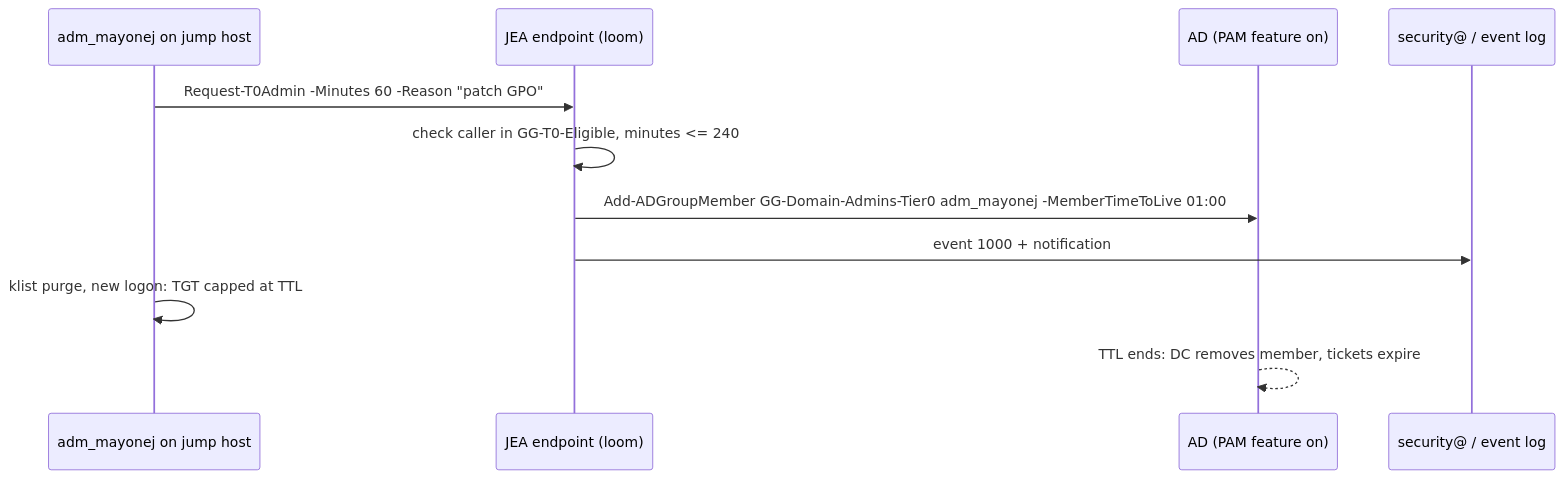
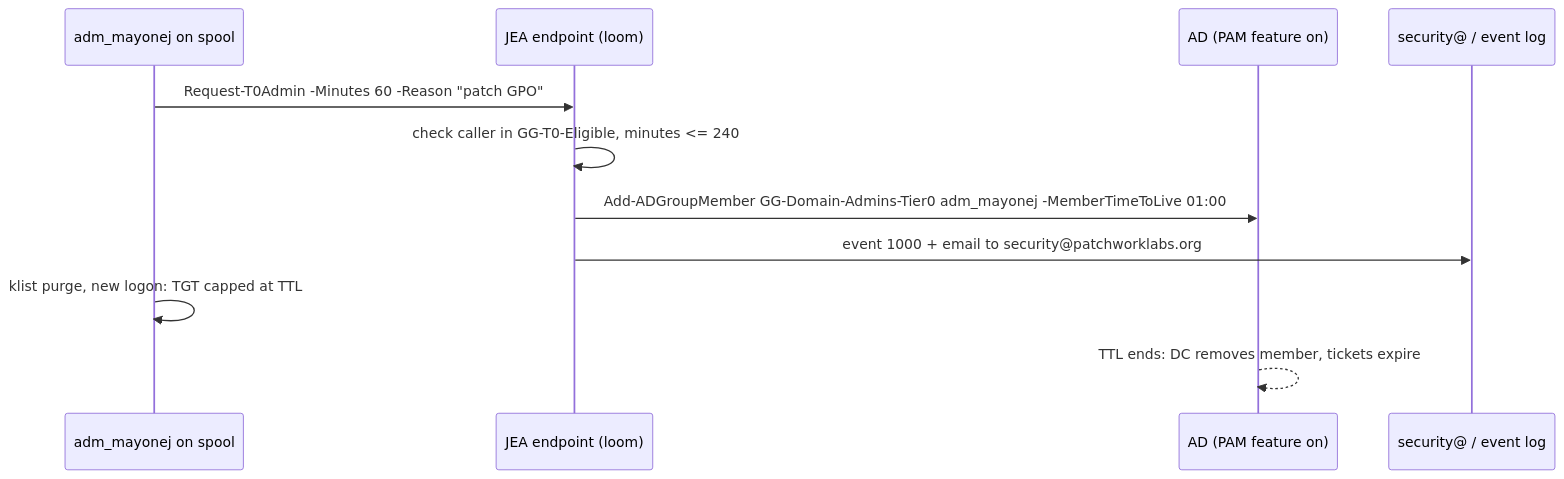
The third of 4 diagrams in ad/TIERING.md (patchworklabsorg/infra), drawn with Mermaid before and after one commit. The commit also changed other lines of this file, not shown here.

Commit message:
docs(ad): record tiering decisions and name the jump host spool

````diff
--- a/ad/TIERING.md
+++ b/ad/TIERING.md
@@ -272,13 +296,13 @@
 ```mermaid
 sequenceDiagram
-  participant A as adm_mayonej on jump host
+  participant A as adm_mayonej on spool
   participant E as JEA endpoint (loom)
   participant D as AD (PAM feature on)
   participant N as security@ / event log
   A->>E: Request-T0Admin -Minutes 60 -Reason "patch GPO"
   E->>E: check caller in GG-T0-Eligible, minutes <= 240
   E->>D: Add-ADGroupMember GG-Domain-Admins-Tier0 adm_mayonej -MemberTimeToLive 01:00
-  E->>N: event 1000 + notification
+  E->>N: event 1000 + email to security@patchworklabs.org
   A->>A: klist purge, new logon: TGT capped at TTL
   D-->>D: TTL ends: DC removes member, tickets expire
 ```
````
